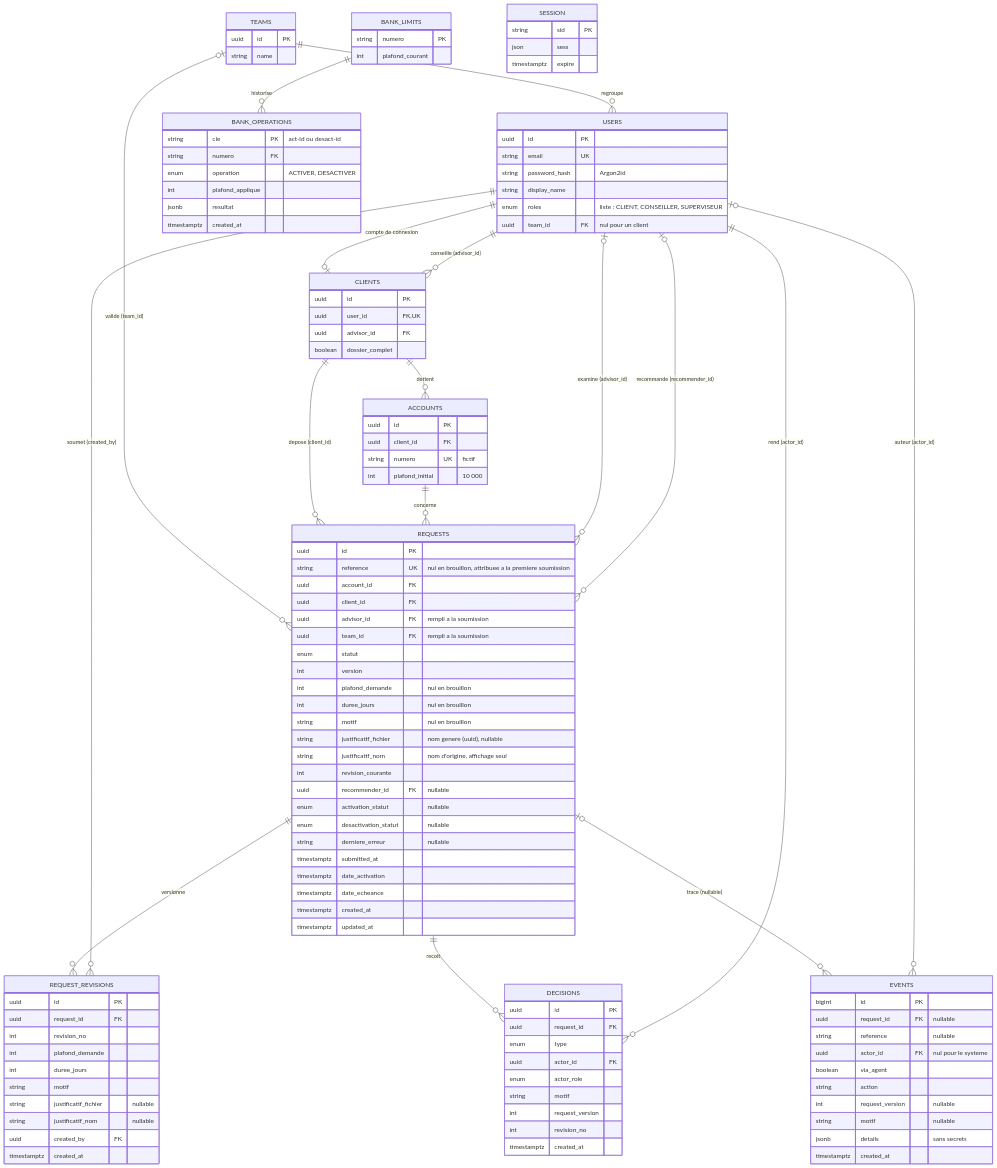
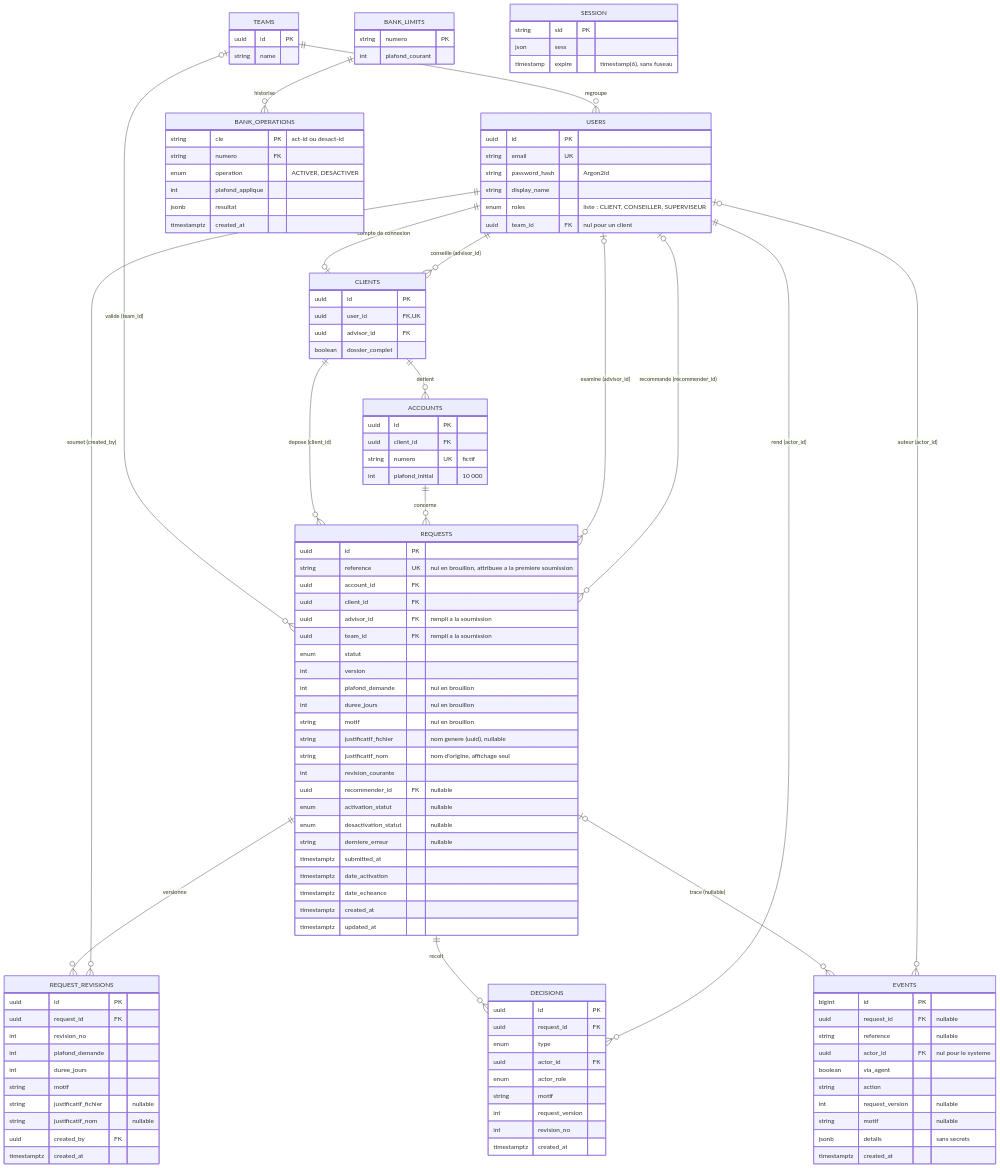
The diagram in docs/modele-donnees.md (c0de-ab/portailBanc), drawn with Mermaid before and after one commit. The commit also changed other lines of this file and 4 other files, not shown here.

````diff
--- a/docs/modele-donnees.md
+++ b/docs/modele-donnees.md
@@ -134,6 +134,6 @@
     SESSION {
         string sid PK
         json sess
-        timestamptz expire
+        timestamp expire "timestamp(6), sans fuseau"
     }
 ```
````
